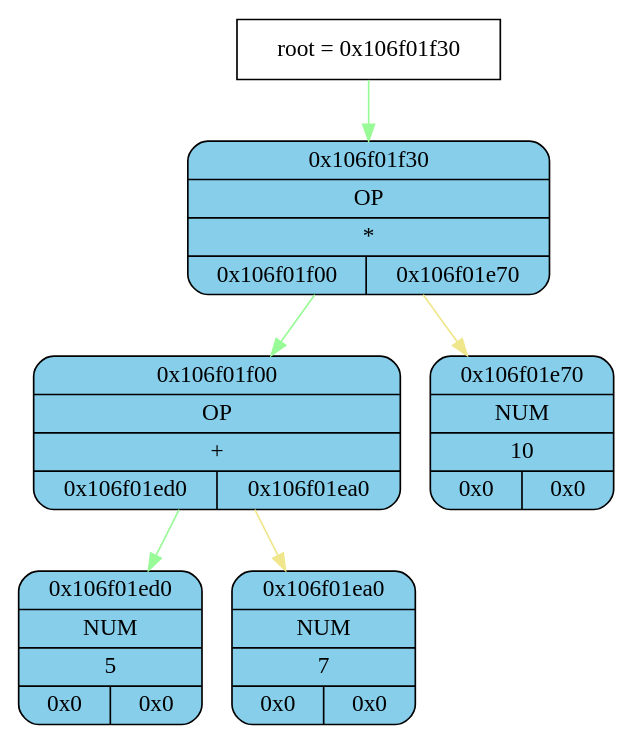
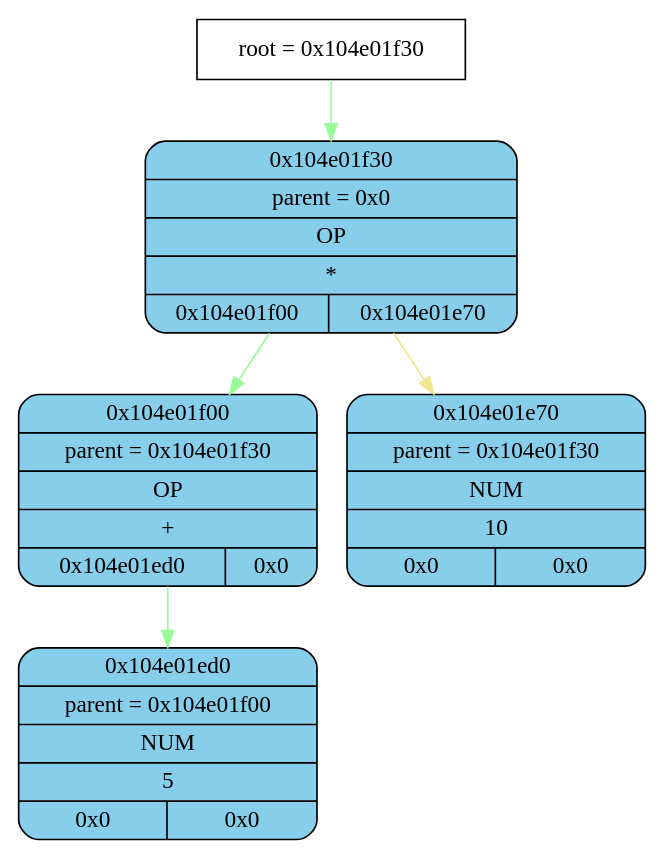
The diagram in tmp/graphviz.dot (esgalimov/differentiator), drawn with Graphviz before and after one commit. The commit also changed 11 other files, not shown here.

```diff
--- a/tmp/graphviz.dot
+++ b/tmp/graphviz.dot
@@ -1,20 +1,17 @@
 digraph
 {
-    node_info[shape = record, label = "{root = 0x106f01f30}"];
+    node_info[shape = record, label = "{root = 0x104e01f30}"];
 
-    node_info->node_0x106f01f30 [color = "#98FB98"];
-    node_0x106f01f30[shape = Mrecord, label = "{{0x106f01f30} | {OP} | {*} | {0x106f01f00 | 0x106f01e70}}",
+    node_info->node_0x104e01f30 [color = "#98FB98"];
+    node_0x104e01f30[shape = Mrecord, label = "{{0x104e01f30} | {parent =  0x0} | {OP} | {*} | {0x104e01f00 | 0x104e01e70}}",
                 style="filled", fillcolor="#87CEEB"];
-    node_0x106f01f00[shape = Mrecord, label = "{{0x106f01f00} | {OP} | {+} | {0x106f01ed0 | 0x106f01ea0}}",
+    node_0x104e01f00[shape = Mrecord, label = "{{0x104e01f00} | {parent =  0x104e01f30} | {OP} | {+} | {0x104e01ed0 | 0x0}}",
                 style="filled", fillcolor="#87CEEB"];
-    node_0x106f01ed0[shape = Mrecord, label = "{{0x106f01ed0} | {NUM} | {5} | {0x0 | 0x0}}",
+    node_0x104e01ed0[shape = Mrecord, label = "{{0x104e01ed0} | {parent =  0x104e01f00} | {NUM} | {5} | {0x0 | 0x0}}",
                 style="filled", fillcolor="#87CEEB"];
-    node_0x106f01ea0[shape = Mrecord, label = "{{0x106f01ea0} | {NUM} | {7} | {0x0 | 0x0}}",
+    node_0x104e01e70[shape = Mrecord, label = "{{0x104e01e70} | {parent =  0x104e01f30} | {NUM} | {10} | {0x0 | 0x0}}",
                 style="filled", fillcolor="#87CEEB"];
-    node_0x106f01e70[shape = Mrecord, label = "{{0x106f01e70} | {NUM} | {10} | {0x0 | 0x0}}",
-                style="filled", fillcolor="#87CEEB"];
-    node_0x106f01f30->node_0x106f01f00 [color = "#98FB98"];
-    node_0x106f01f00->node_0x106f01ed0 [color = "#98FB98"];
-    node_0x106f01f00->node_0x106f01ea0 [color = "#F0E68C"];
-    node_0x106f01f30->node_0x106f01e70 [color = "#F0E68C"];
+    node_0x104e01f30->node_0x104e01f00 [color = "#98FB98"];
+    node_0x104e01f00->node_0x104e01ed0 [color = "#98FB98"];
+    node_0x104e01f30->node_0x104e01e70 [color = "#F0E68C"];
 }
```
